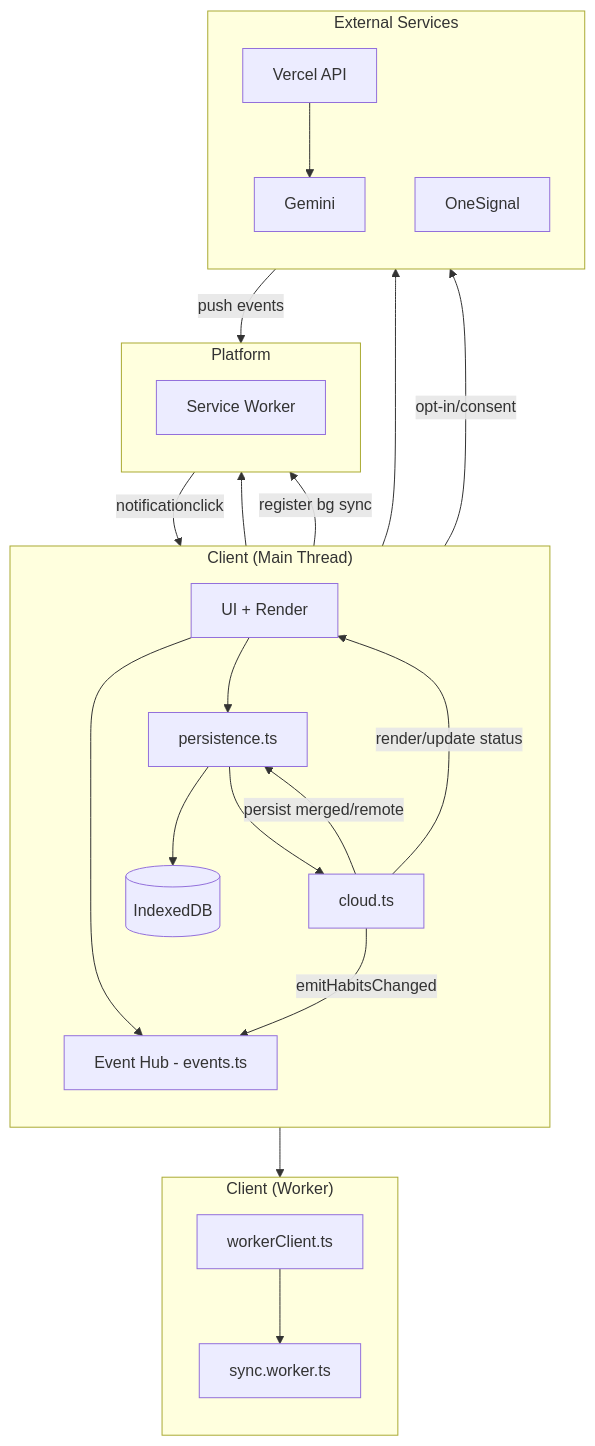
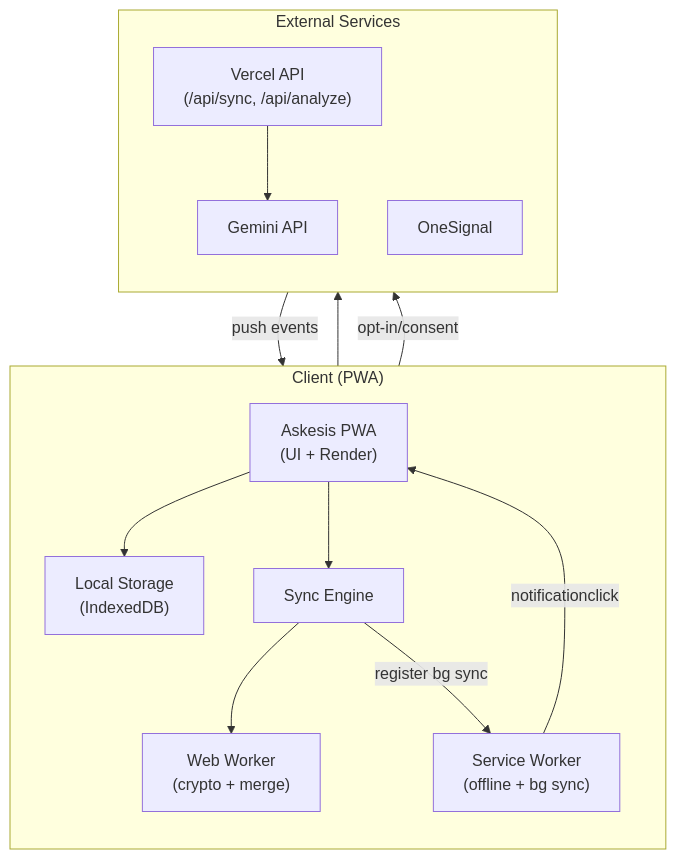
The second of 5 diagrams in docs/ARCHITECTURE.md (farifran/askesis), drawn with Mermaid before and after one commit. The commit also changed other lines of this file and 1 other file, not shown here.

Commit message:
Atualiza diagramas de arquitetura para refletir a nova estrutura do cliente PWA e melhorar a clareza dos fluxos de dados

````diff
--- a/docs/ARCHITECTURE.md
+++ b/docs/ARCHITECTURE.md
@@ -24,54 +24,30 @@
 ```mermaid
 flowchart TB
-  %% Layout em camadas para reduzir cruzamentos
-  subgraph Client["Client (Main Thread)"]
+  %% Nível 2 = visão de containers (sem repetir nomes de arquivos do Nível 3)
+  subgraph Client["Client (PWA)"]
     direction TB
-    UI[UI + Render]
-    EV["Event Hub - events.ts"]
-    PERSIST[persistence.ts]
-    IDB[(IndexedDB)]
-    CLOUD[cloud.ts]
+    PWA["Askesis PWA\n(UI + Render)"]
+    Sync["Sync Engine"]
+    Store["Local Storage\n(IndexedDB)"]
+    SW["Service Worker\n(offline + bg sync)"]
+    Worker["Web Worker\n(crypto + merge)"]
   end
 
-  subgraph Worker["Client (Worker)"]
+  subgraph External["External Services"]
     direction TB
-    WRPC[workerClient.ts]
-    W[sync.worker.ts]
+    API["Vercel API\n(/api/sync, /api/analyze)"]
+    AI["Gemini API"]
+    PUSH["OneSignal"]
   end
 
-  subgraph Platform["Platform"]
-    direction TB
-    SW[Service Worker]
-  end
+  %% Core flows
+  PWA --> Store
+  PWA --> Sync
+  Sync --> Worker
+  Sync --> API --> AI
 
-  subgraph Cloud["External Services"]
-    direction TB
-    API[Vercel API]
-    AI[Gemini]
-    PUSH[OneSignal]
-  end
-
-  %% Main thread
-  UI --> EV
-  UI --> PERSIST
-  PERSIST --> IDB
-  PERSIST --> CLOUD
-
-  %% Cloud orchestration (worker + remote)
-  CLOUD --> WRPC --> W
-  CLOUD --> API --> AI
-
-  %% Return paths (remote updates + UI refresh)
-  CLOUD -->|persist merged/remote| PERSIST
-  CLOUD -->|render/update status| UI
-  CLOUD -->|emitHabitsChanged| EV
-
-  %% Service Worker (offline + background sync)
-  UI --> SW
-  CLOUD -->|register bg sync| SW
-
-  %% Push notifications (delivery goes to SW)
-  UI -->|opt-in/consent| PUSH
-  PUSH -->|push events| SW
-  SW -->|notificationclick| UI
+  %% Background sync + push notifications
+  Sync -->|register bg sync| SW
+  PWA -->|opt-in/consent| PUSH
+  PUSH -->|push events| SW -->|notificationclick| PWA
 ```
````
